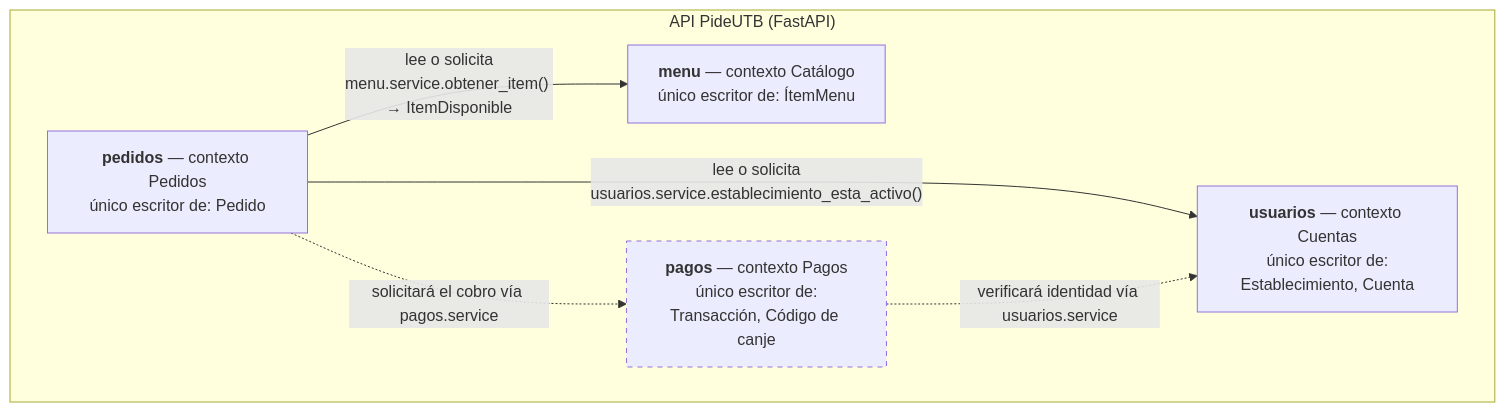
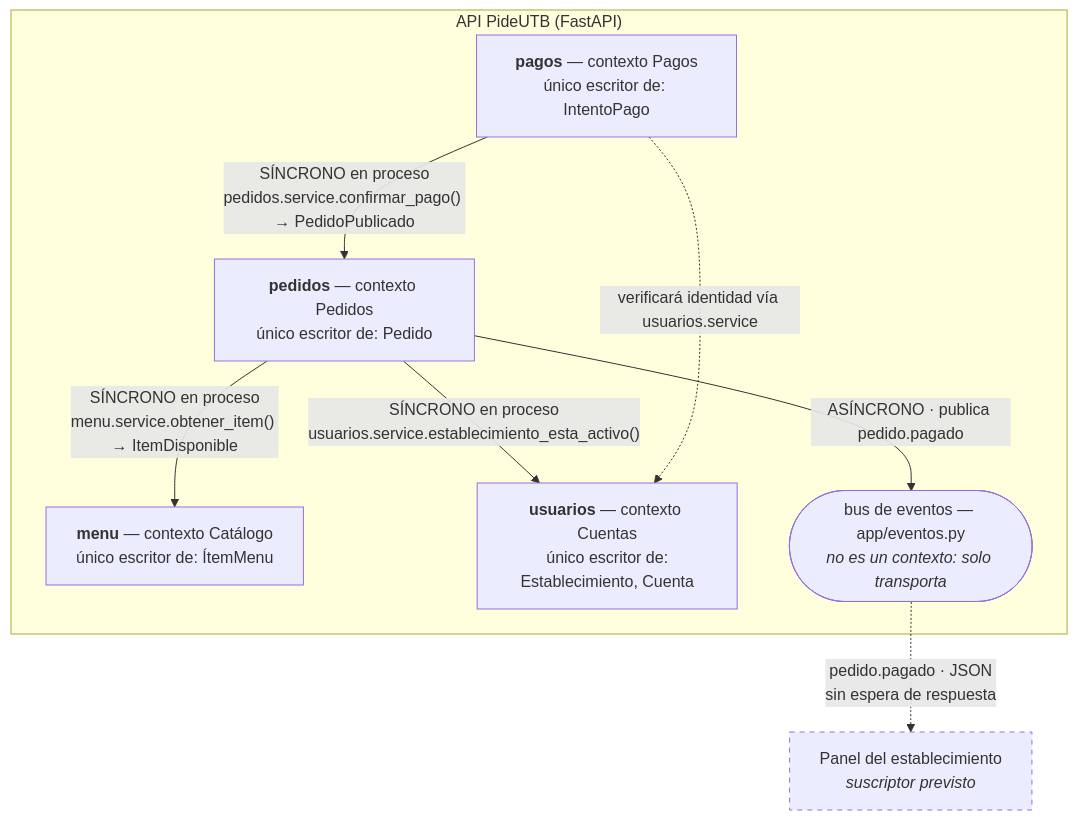
The diagram in docs/c4/nivel3-modulos.md (ISCOUTB/AS_202620_PideUtb), drawn with Mermaid before and after one commit. The commit also changed other lines of this file and 2 other files, not shown here.

````diff
--- a/docs/c4/nivel3-modulos.md
+++ b/docs/c4/nivel3-modulos.md
@@ -20,16 +35,21 @@
 ``` mermaid
 graph TD
     subgraph API["API PideUTB (FastAPI)"]
         M["<b>menu</b> — contexto Catálogo<br/>único escritor de: ÍtemMenu"]
         P["<b>pedidos</b> — contexto Pedidos<br/>único escritor de: Pedido"]
         U["<b>usuarios</b> — contexto Cuentas<br/>único escritor de:<br/>Establecimiento, Cuenta"]
-        PG["<b>pagos</b> — contexto Pagos<br/>único escritor de:<br/>Transacción, Código de canje"]
+        PG["<b>pagos</b> — contexto Pagos<br/>único escritor de: IntentoPago"]
+        BUS(["bus de eventos — app/eventos.py<br/><i>no es un contexto: solo transporta</i>"])
     end
 
-    P -->|"lee o solicita<br/>menu.service.obtener_item() → ItemDisponible"| M
-    P -->|"lee o solicita<br/>usuarios.service.establecimiento_esta_activo()"| U
-    P -.->|"solicitará el cobro vía pagos.service"| PG
+    PANEL["Panel del establecimiento<br/><i>suscriptor previsto</i>"]
+
+    P -->|"SÍNCRONO en proceso<br/>menu.service.obtener_item() → ItemDisponible"| M
+    P -->|"SÍNCRONO en proceso<br/>usuarios.service.establecimiento_esta_activo()"| U
+    PG -->|"SÍNCRONO en proceso<br/>pedidos.service.confirmar_pago() → PedidoPublicado"| P
+    P -->|"ASÍNCRONO · publica pedido.pagado"| BUS
+    BUS -.->|"pedido.pagado · JSON<br/>sin espera de respuesta"| PANEL
     PG -.->|"verificará identidad vía usuarios.service"| U
 
-    style PG stroke-dasharray: 5 5
+    style PANEL stroke-dasharray: 5 5
 ```
````
